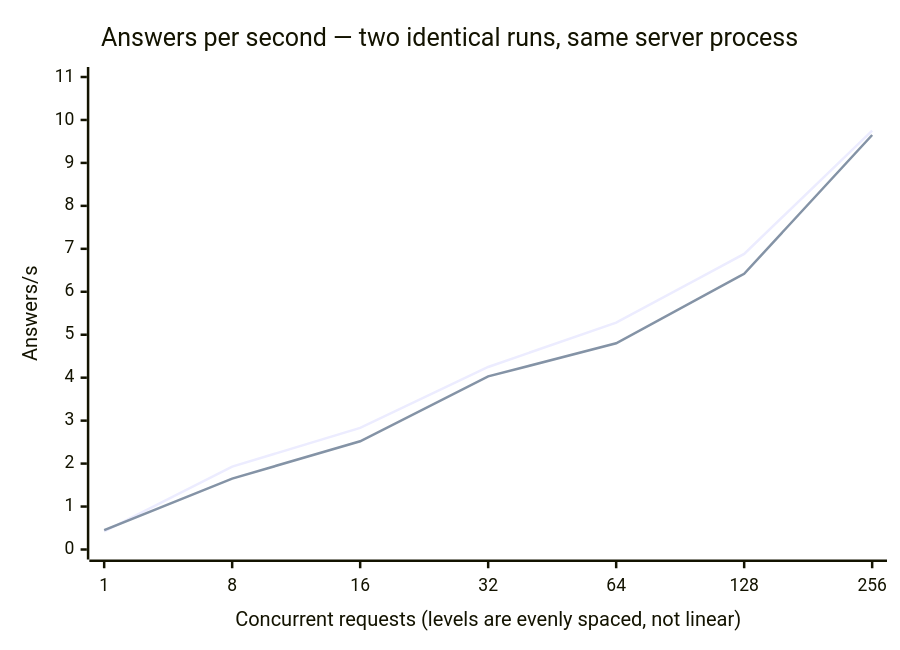
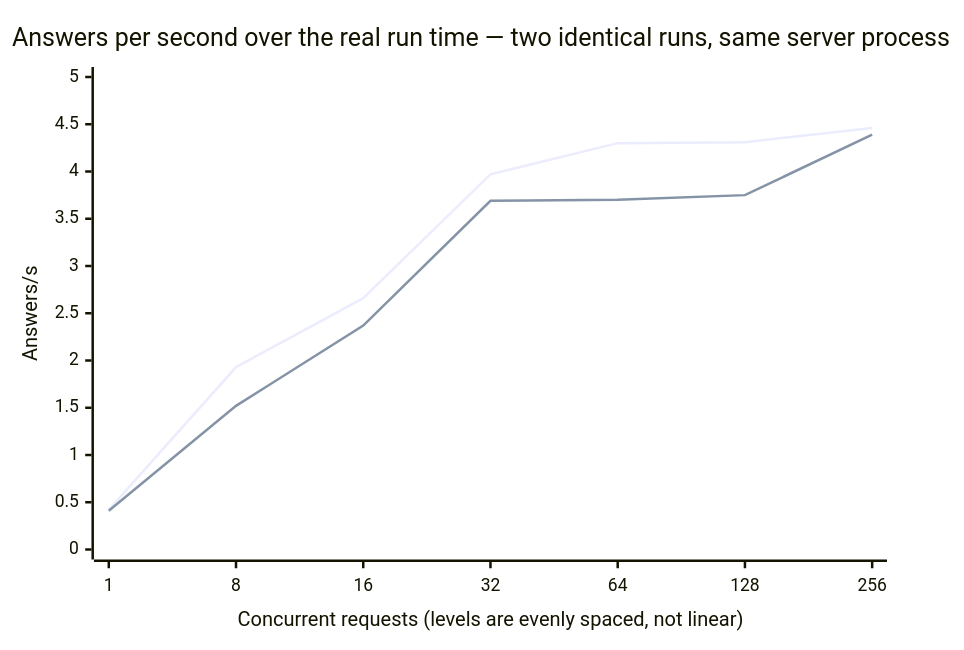
The first of 2 diagrams in cloudscale-gpu2-256-40-2-1600/minimax-m2-5/vllm/scenarios/concurrent-load.md (flash-ultra/ai-server-setup), drawn with Mermaid before and after one commit. The commit also changed other lines of this file and 42 other files, not shown here.

````diff
--- a/cloudscale-gpu2-256-40-2-1600/minimax-m2-5/vllm/scenarios/concurrent-load.md
+++ b/cloudscale-gpu2-256-40-2-1600/minimax-m2-5/vllm/scenarios/concurrent-load.md
@@ -73,8 +73,8 @@
 ```mermaid
 xychart-beta
-    title "Answers per second — two identical runs, same server process"
+    title "Answers per second over the real run time — two identical runs, same server process"
     x-axis "Concurrent requests (levels are evenly spaced, not linear)" [1, 8, 16, 32, 64, 128, 256]
-    y-axis "Answers/s" 0 --> 11
-    line "Run 1" [0.42, 1.93, 2.83, 4.25, 5.28, 6.88, 9.75]
-    line "Run 2" [0.45, 1.65, 2.52, 4.03, 4.80, 6.42, 9.65]
+    y-axis "Answers/s" 0 --> 5
+    line "Run 1" [0.42, 1.93, 2.66, 3.97, 4.30, 4.31, 4.46]
+    line "Run 2" [0.41, 1.52, 2.37, 3.69, 3.70, 3.75, 4.39]
 ```
````
